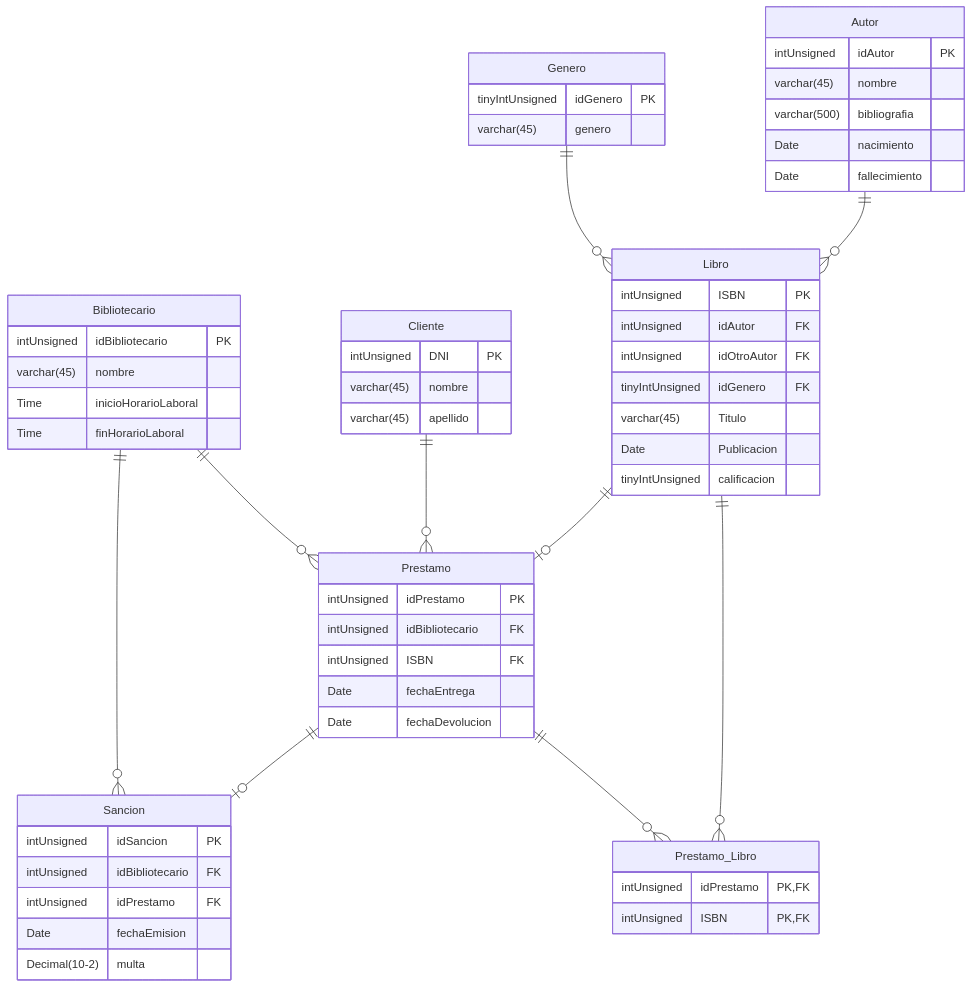
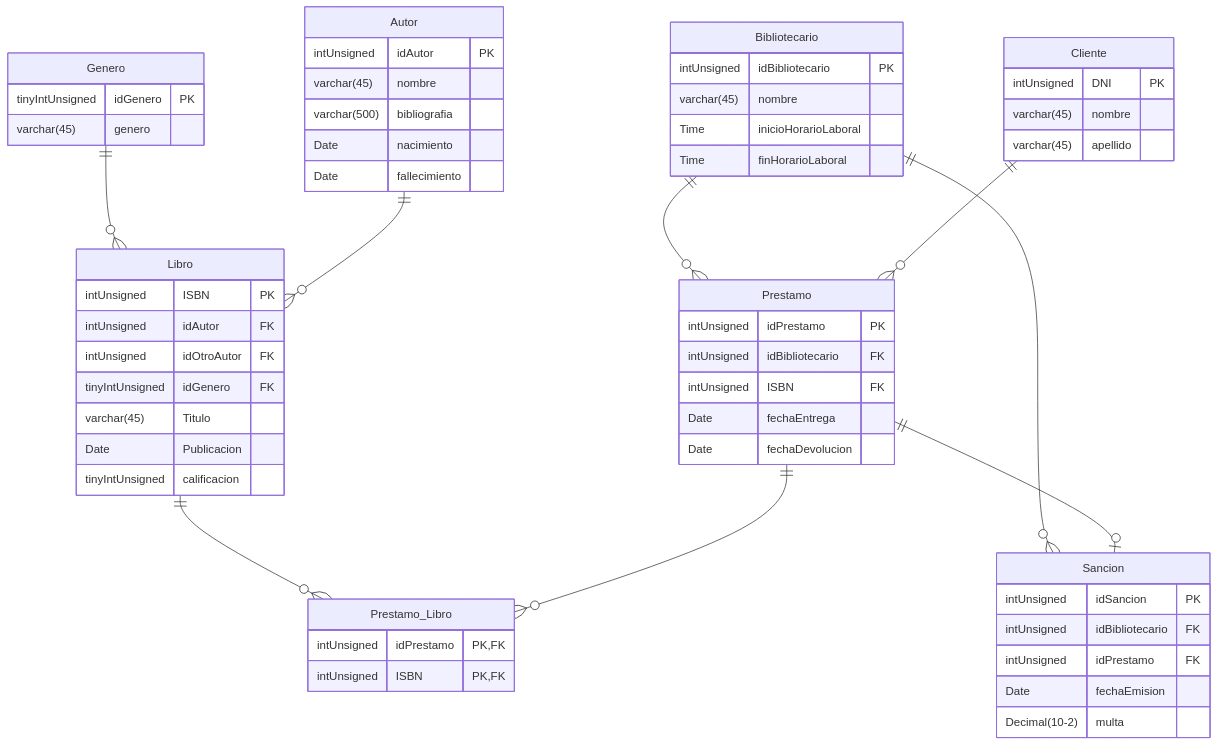
The diagram in README.md (PasandiLuka/BD-Biblioteca), drawn with Mermaid before and after one commit. The commit also changed other lines of this file, not shown here.

````diff
--- a/README.md
+++ b/README.md
@@ -16,73 +16,72 @@
 ```mermaid
 erDiagram
 Genero{
     tinyIntUnsigned idGenero PK
     varchar(45) genero
 }
 
 
 Bibliotecario{
     intUnsigned idBibliotecario PK
     varchar(45) nombre
     Time inicioHorarioLaboral
     Time finHorarioLaboral
 }
 
 
 Autor{
     intUnsigned idAutor PK
     varchar(45) nombre
     varchar(500) bibliografia
     Date nacimiento
     Date fallecimiento
 }
 
 Cliente{
     intUnsigned DNI PK
     varchar(45) nombre
     varchar(45) apellido
 }
 
 Libro{
     intUnsigned ISBN PK
     intUnsigned idAutor FK
     intUnsigned idOtroAutor FK
     tinyIntUnsigned idGenero FK
     varchar(45) Titulo
     Date Publicacion
     tinyIntUnsigned calificacion
 }
 
 
 Sancion{
     intUnsigned idSancion PK
     intUnsigned idBibliotecario FK
     intUnsigned idPrestamo FK
     Date fechaEmision
     Decimal(10-2) multa    
 }
 
 Prestamo{
     intUnsigned idPrestamo PK
     intUnsigned idBibliotecario FK
     intUnsigned ISBN FK
     Date fechaEntrega
     Date fechaDevolucion
 }
 
 Prestamo_Libro{
     intUnsigned idPrestamo PK, FK
     intUnsigned ISBN PK, FK
 }
 
 Genero||--o{Libro:""
 Bibliotecario||--o{Sancion:""
 Bibliotecario||--o{Prestamo:""
-Libro||--o|Prestamo:""
 Cliente||--o{Prestamo:""
 Prestamo||--o|Sancion:""
 Libro||--o{Prestamo_Libro:""
 Prestamo||--o{Prestamo_Libro:""
 Autor||--o{Libro:""
 
 ```
````
